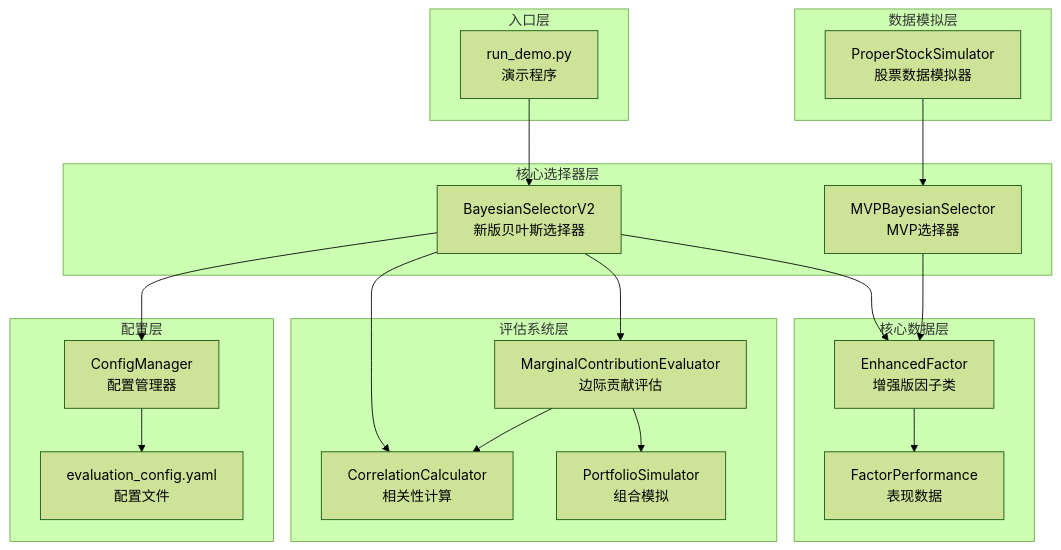
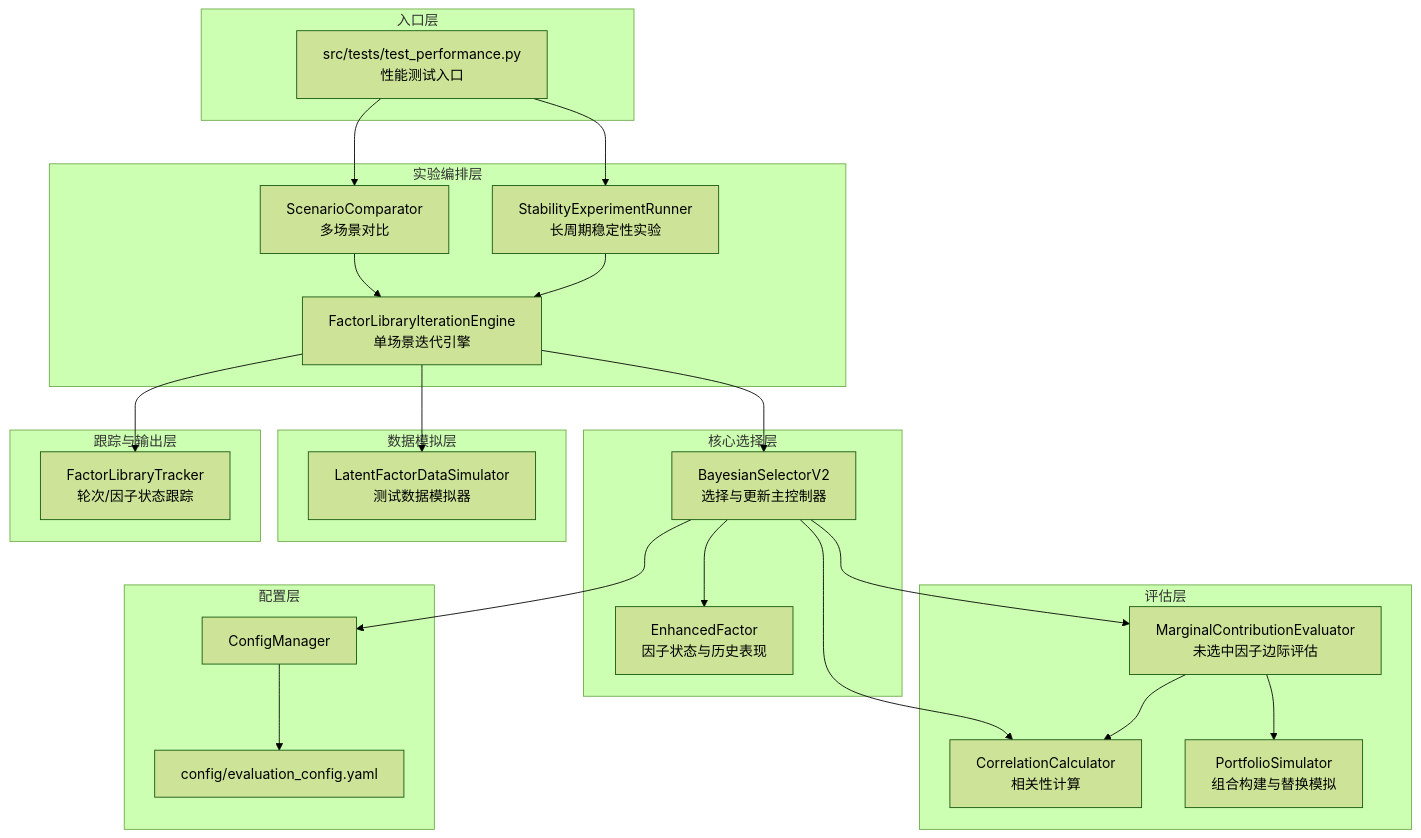
The diagram in docs/CODE_ARCHITECTURE.md (babyfish0618/bayesian_factor_library), drawn with Mermaid (forest theme) before and after one commit. The commit also changed other lines of this file and 68 other files, not shown here.

````diff
--- a/docs/CODE_ARCHITECTURE.md
+++ b/docs/CODE_ARCHITECTURE.md
@@ -10,46 +8,51 @@
 ```mermaid
 graph TB
     subgraph 入口层
-        A[run_demo.py<br/>演示程序]
+        A[src/tests/test_performance.py<br/>性能测试入口]
     end
-    
-    subgraph 核心选择器层
-        B[BayesianSelectorV2<br/>新版贝叶斯选择器]
-        C[MVPBayesianSelector<br/>MVP选择器]
+
+    subgraph 实验编排层
+        K[ScenarioComparator<br/>多场景对比]
+        M[StabilityExperimentRunner<br/>长周期稳定性实验]
+        L[FactorLibraryIterationEngine<br/>单场景迭代引擎]
     end
-    
-    subgraph 核心数据层
-        D[EnhancedFactor<br/>增强版因子类]
-        E[FactorPerformance<br/>表现数据]
+
+    subgraph 核心选择层
+        B[BayesianSelectorV2<br/>选择与更新主控制器]
+        C[EnhancedFactor<br/>因子状态与历史表现]
     end
-    
-    subgraph 评估系统层
-        F[CorrelationCalculator<br/>相关性计算]
-        G[PortfolioSimulator<br/>组合模拟]
-        H[MarginalContributionEvaluator<br/>边际贡献评估]
+
+    subgraph 评估层
+        D[CorrelationCalculator<br/>相关性计算]
+        E[PortfolioSimulator<br/>组合构建与替换模拟]
+        F[MarginalContributionEvaluator<br/>未选中因子边际评估]
     end
-    
+
     subgraph 数据模拟层
-        I[ProperStockSimulator<br/>股票数据模拟器]
+        J[LatentFactorDataSimulator<br/>测试数据模拟器]
     end
-    
+
+    subgraph 跟踪与输出层
+        G[FactorLibraryTracker<br/>轮次/因子状态跟踪]
+    end
+
     subgraph 配置层
-        J[ConfigManager<br/>配置管理器]
-        K[evaluation_config.yaml<br/>配置文件]
+        H[ConfigManager]
+        I[config/evaluation_config.yaml]
     end
-    
-    A --> B
+
+    A --> K
+    A --> M
+    K --> L
+    M --> L
+    L --> B
+    L --> G
+    L --> J
+    B --> C
     B --> D
     B --> F
     B --> H
-    B --> J
-    
-    H --> G
-    H --> F
-    
-    D --> E
-    J --> K
-    
-    C --> D
-    I --> C
+    F --> D
+    F --> E
+    H --> I
 ```
````
